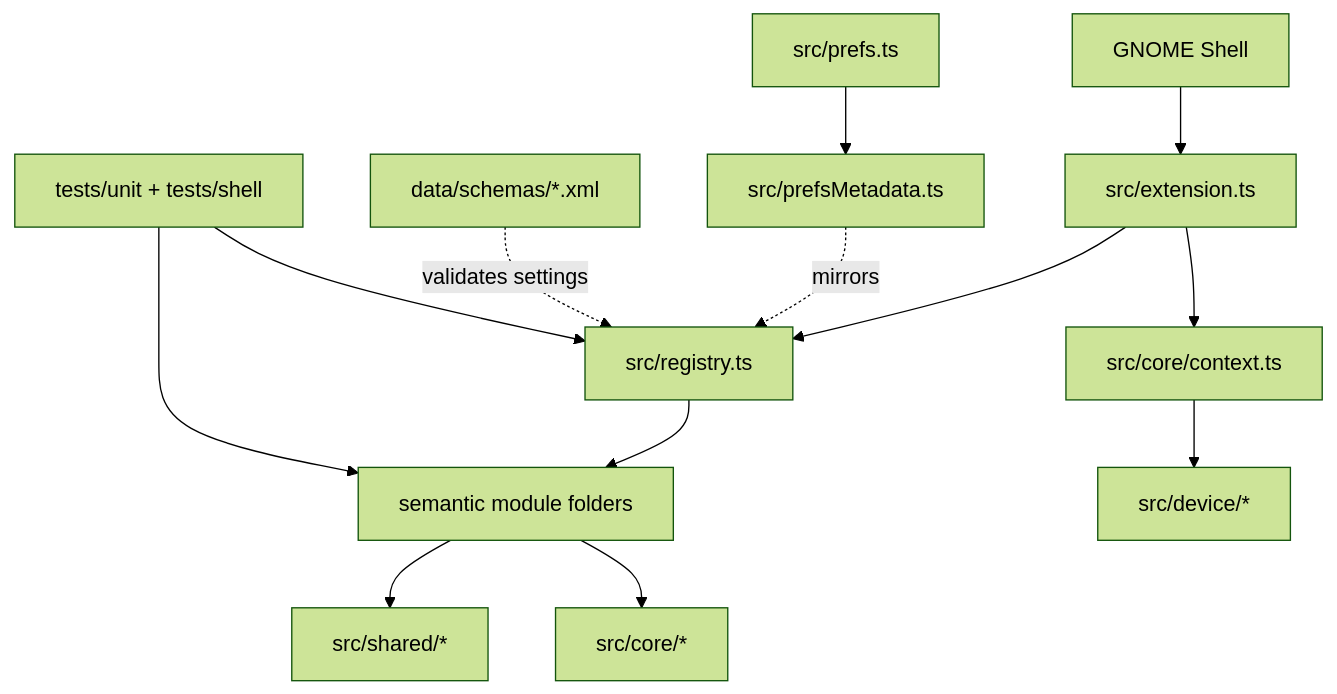
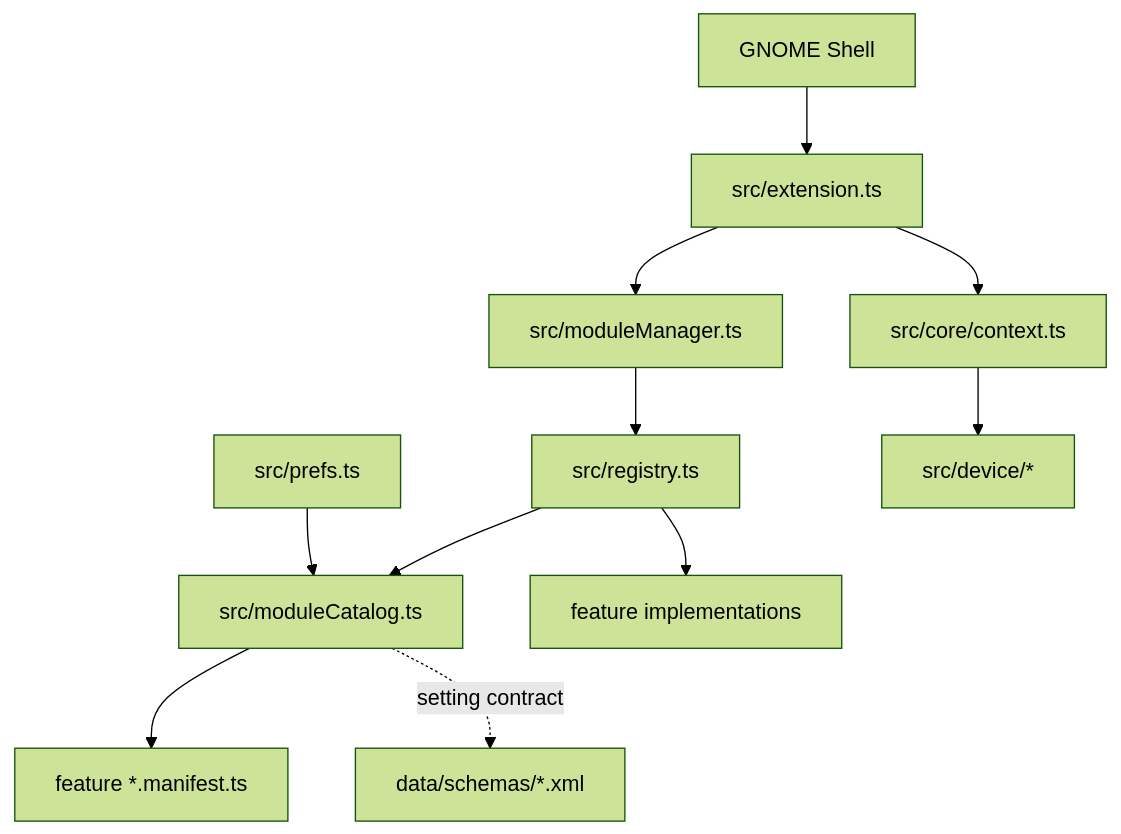
One commit to luminusOS/aurora-shell changed the diagram in ARCHITECTURE.md. Above: the diagram before and after it, drawn with Mermaid (forest theme). The commit also changed other lines of this file and 69 other files, not shown here.

````diff
--- a/ARCHITECTURE.md
+++ b/ARCHITECTURE.md
@@ -9,15 +9,13 @@
 ```mermaid
 flowchart TD
   Shell[GNOME Shell] --> Extension[src/extension.ts]
+  Extension --> Manager[src/moduleManager.ts]
   Extension --> Context[src/core/context.ts]
-  Extension --> Registry[src/registry.ts]
-  Registry --> Modules[semantic module folders]
-  Modules --> Shared[src/shared/*]
-  Modules --> Core[src/core/*]
+  Manager --> Registry[src/registry.ts]
+  Registry --> Catalog[src/moduleCatalog.ts]
+  Catalog --> Manifests[feature *.manifest.ts]
+  Registry --> Modules[feature implementations]
+  Prefs[src/prefs.ts] --> Catalog
   Context --> Device[src/device/*]
-  Prefs[src/prefs.ts] --> PrefsMetadata[src/prefsMetadata.ts]
-  PrefsMetadata -. mirrors .-> Registry
-  Schema[data/schemas/*.xml] -. validates settings .-> Registry
-  Tests[tests/unit + tests/shell] --> Registry
-  Tests --> Modules
+  Catalog -. setting contract .-> Schema[data/schemas/*.xml]
 ```
````
